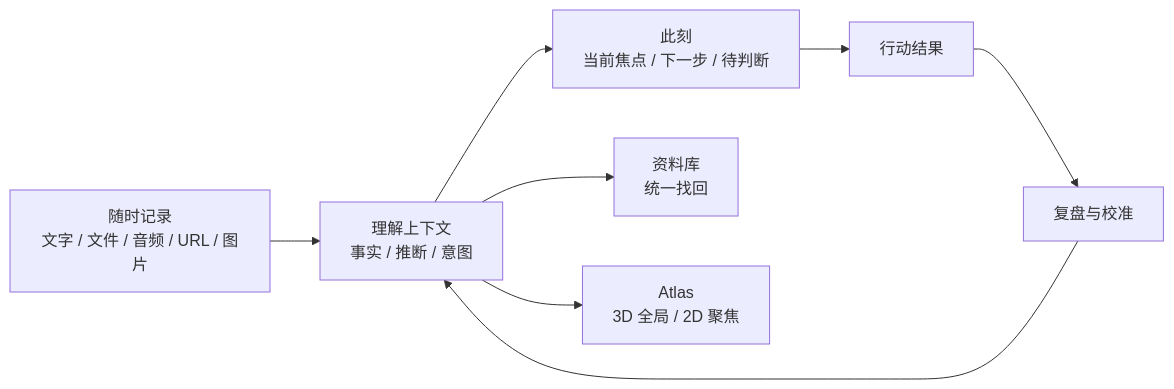
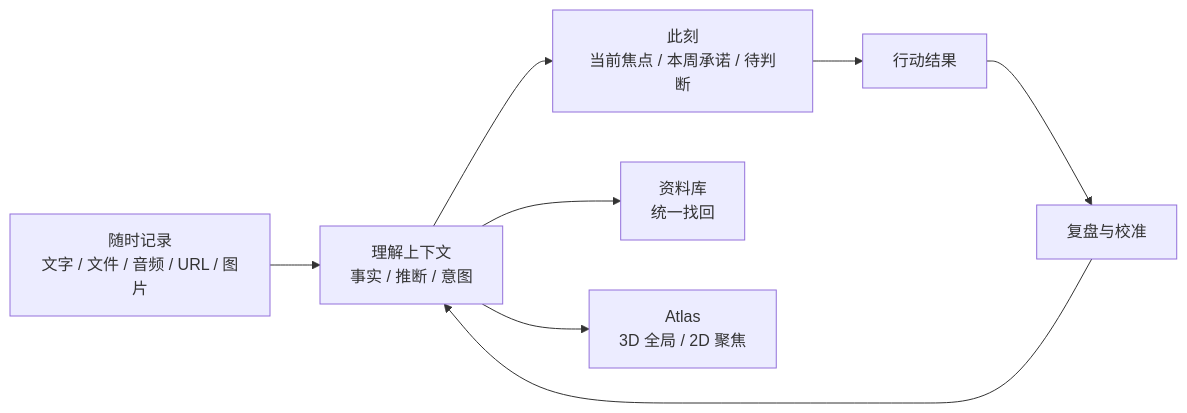
Before and after one commit to PengWeiTaing/Axiom: the diagram in README.md, drawn with Mermaid. The commit also changed other lines of this file and 50 other files, not shown here.

````diff
--- a/README.md
+++ b/README.md
@@ -99,10 +100,10 @@
 ```mermaid
 flowchart LR
     Capture["随时记录\n文字 / 文件 / 音频 / URL / 图片"] --> Context["理解上下文\n事实 / 推断 / 意图"]
-    Context --> Now["此刻\n当前焦点 / 下一步 / 待判断"]
+    Context --> Now["此刻\n当前焦点 / 本周承诺 / 待判断"]
     Context --> Library["资料库\n统一找回"]
     Context --> Atlas["Atlas\n3D 全局 / 2D 聚焦"]
     Now --> Result["行动结果"]
     Result --> Review["复盘与校准"]
     Review --> Context
 ```
````
